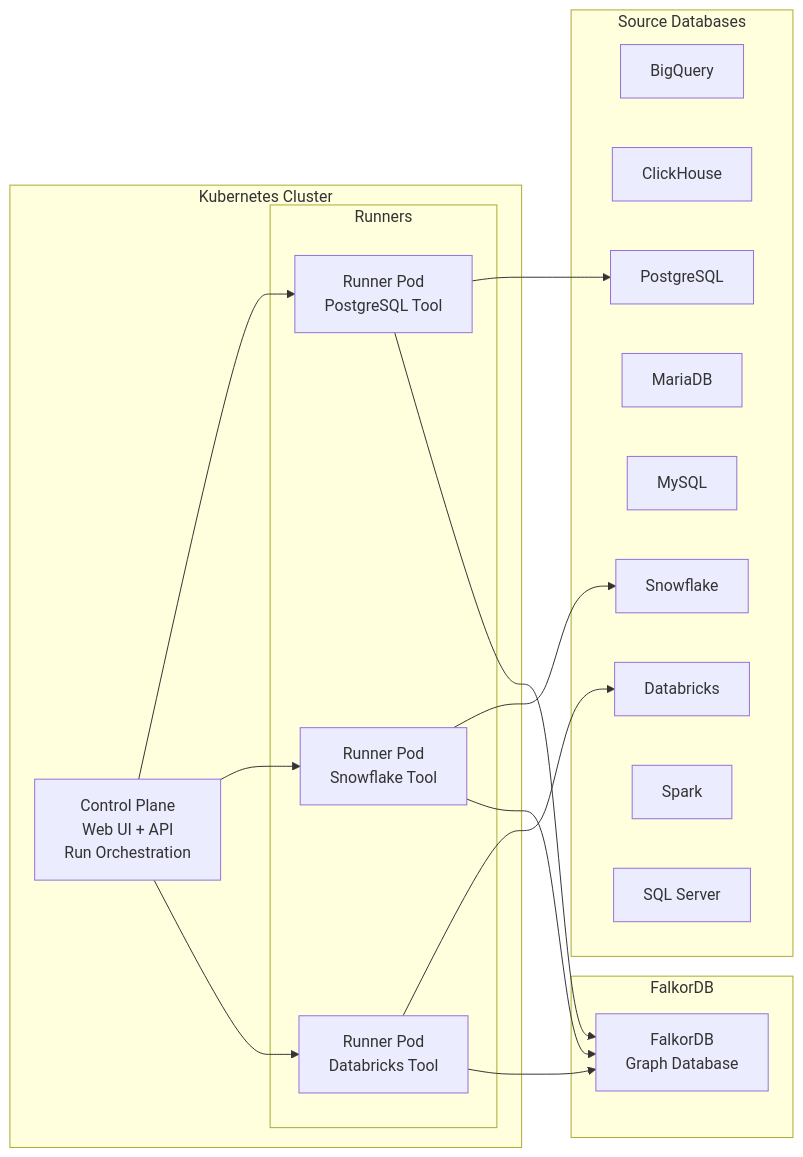
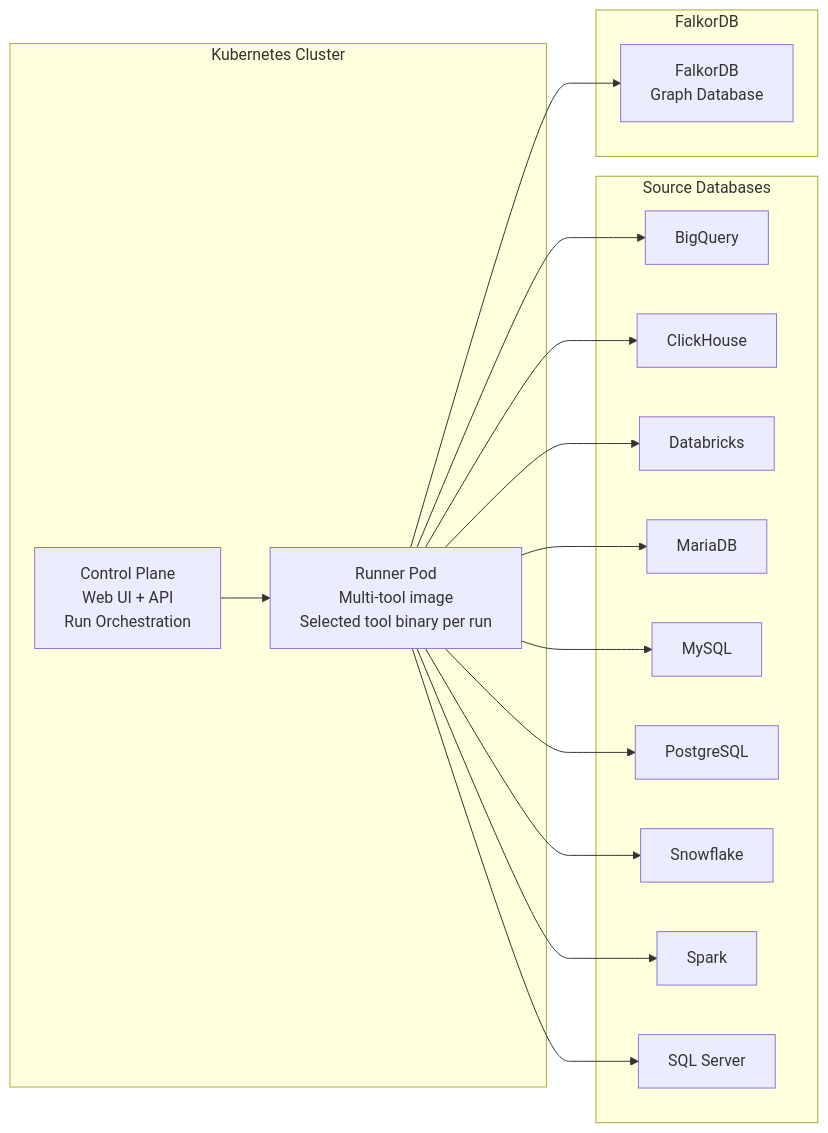
The diagram in readme.md (FalkorDB/DM-SQL-to-FalkorDB), drawn with Mermaid before and after one commit. The commit also changed other lines of this file, not shown here.

Commit message:
docs: update deployment architecture for same-pod runner model

````diff
--- a/readme.md
+++ b/readme.md
@@ -388,40 +394,35 @@
 ```mermaid
 flowchart LR
     subgraph Source Databases
         BQ[BigQuery]
         CH[ClickHouse]
         DB[Databricks]
         MARIA[MariaDB]
         MYSQL[MySQL]
         PG[PostgreSQL]
         SF[Snowflake]
         SP[Spark]
         SS[SQL Server]
     end
 
     subgraph Kubernetes Cluster
         CP[Control Plane<br/>Web UI + API<br/>Run Orchestration]
-        
-        subgraph Runners
-            R1[Runner Pod<br/>PostgreSQL Tool]
-            R2[Runner Pod<br/>Snowflake Tool]
-            R3[Runner Pod<br/>Databricks Tool]
-        end
-        
-        CP --> R1
-        CP --> R2
-        CP --> R3
+        RP[Runner Pod<br/>Multi-tool image<br/>Selected tool binary per run]
+        CP --> RP
     end
 
     subgraph FalkorDB
         FDB[FalkorDB<br/>Graph Database]
     end
 
-    R1 --> PG
-    R2 --> SF
-    R3 --> DB
-
-    R1 --> FDB
-    R2 --> FDB
-    R3 --> FDB
+    RP --> BQ
+    RP --> CH
+    RP --> DB
+    RP --> MARIA
+    RP --> MYSQL
+    RP --> PG
+    RP --> SF
+    RP --> SP
+    RP --> SS
+    RP --> FDB
 ```
````
